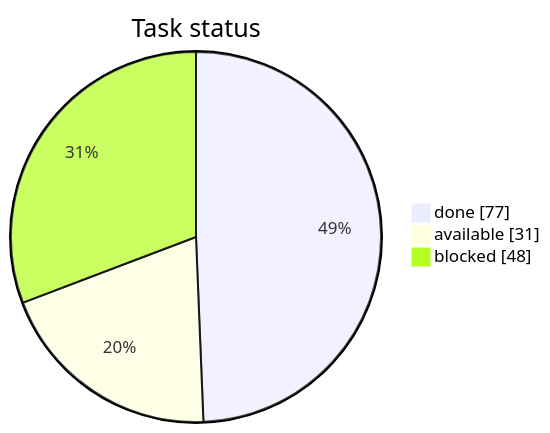
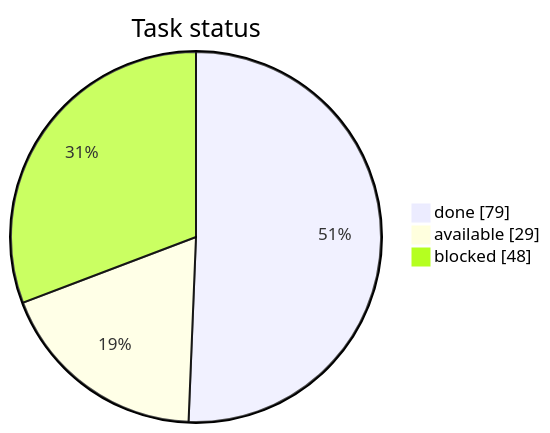
The first of 3 diagrams in STATUS.md (artemiiShabanov/RallyRivals), drawn with Mermaid before and after one commit. The commit also changed other lines of this file and 20 other files, not shown here.

````diff
--- a/STATUS.md
+++ b/STATUS.md
@@ -7,7 +7,7 @@
 ```mermaid
 pie showData
     title Task status
-    "done" : 77
-    "available" : 31
+    "done" : 79
+    "available" : 29
     "blocked" : 48
 ```
````
